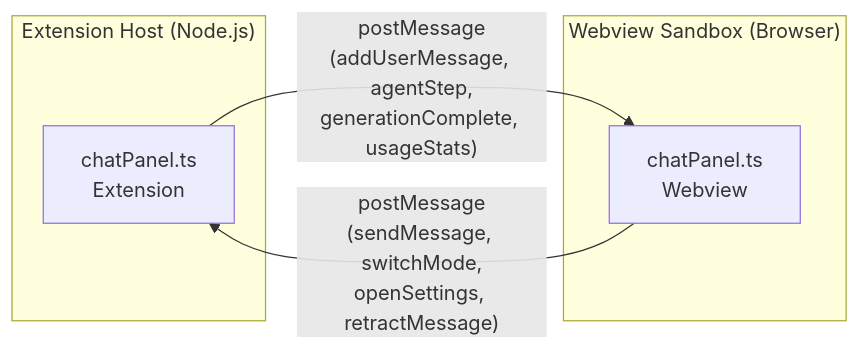
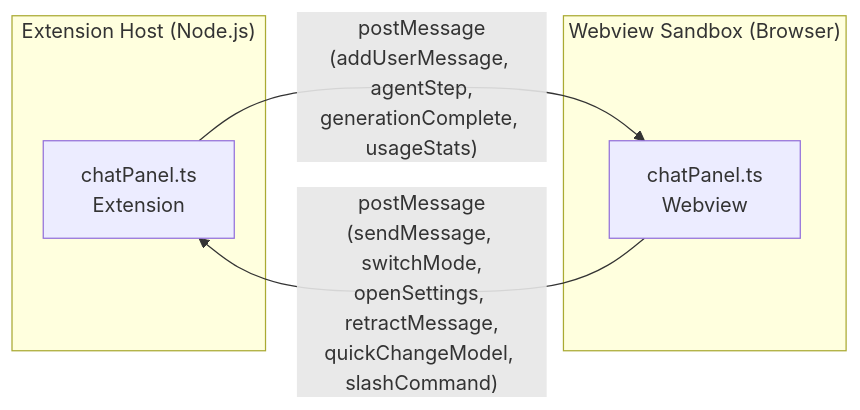
The second of 3 diagrams in ARCHITECTURE.md (Aa728848/cwtools-vscode), drawn with Mermaid before and after one commit. The commit also changed other lines of this file and 21 other files, not shown here.

Commit message:
迁移图标

````diff
--- a/ARCHITECTURE.md
+++ b/ARCHITECTURE.md
@@ -175,13 +225,13 @@
 ```mermaid
 flowchart LR
     subgraph "Extension Host (Node.js)"
         EP[chatPanel.ts<br/>Extension]
     end
     
     subgraph "Webview Sandbox (Browser)"
         WV[chatPanel.ts<br/>Webview]
     end
     
     EP -->|"postMessage<br/>(addUserMessage, agentStep,<br/>generationComplete, usageStats)"| WV
-    WV -->|"postMessage<br/>(sendMessage, switchMode,<br/>openSettings, retractMessage)"| EP
+    WV -->|"postMessage<br/>(sendMessage, switchMode,<br/>openSettings, retractMessage,<br/>quickChangeModel, slashCommand)"| EP
 ```
````
